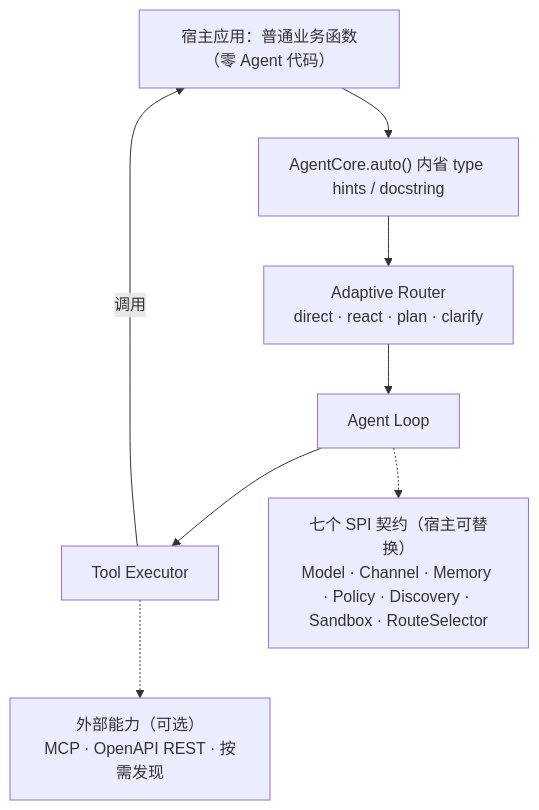
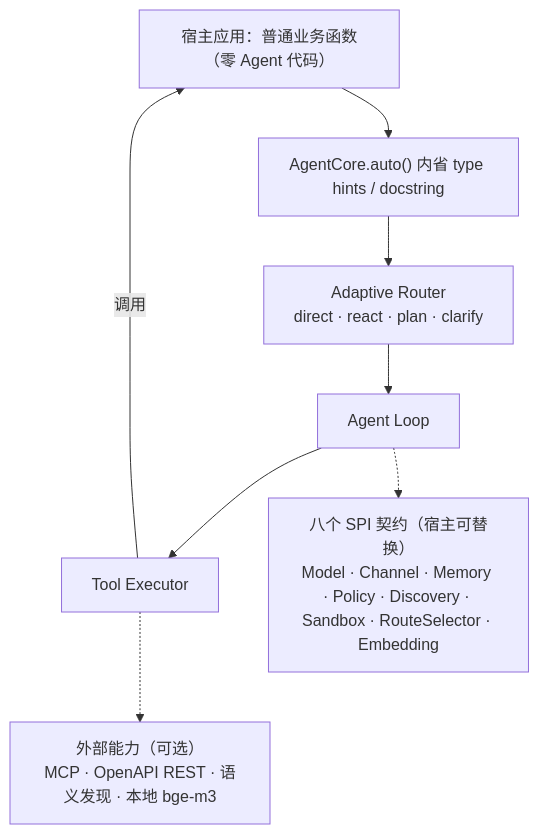
The diagram in README.md (Gi-Tuu/yai-agent-core), drawn with Mermaid before and after one commit. The commit also changed other lines of this file and 22 other files, not shown here.

First line of the commit message:
feat(discovery): 双通道语义工具发现（词法 + embedding，本地 bge-m3/云端双后端）

````diff
--- a/README.md
+++ b/README.md
@@ -25,14 +25,14 @@
 ```mermaid
 flowchart TB
   app["宿主应用：普通业务函数（零 Agent 代码）"]
   auto["AgentCore.auto() 内省 type hints / docstring"]
   router["Adaptive Router<br/>direct · react · plan · clarify"]
   loop["Agent Loop"]
   exec["Tool Executor"]
   app --> auto --> router --> loop --> exec
   exec -->|"调用"| app
-  spi["七个 SPI 契约（宿主可替换）<br/>Model · Channel · Memory · Policy · Discovery · Sandbox · RouteSelector"]
-  ext["外部能力（可选）<br/>MCP · OpenAPI REST · 按需发现"]
+  spi["八个 SPI 契约（宿主可替换）<br/>Model · Channel · Memory · Policy · Discovery · Sandbox · RouteSelector · Embedding"]
+  ext["外部能力（可选）<br/>MCP · OpenAPI REST · 语义发现 · 本地 bge-m3"]
   loop -.-> spi
   exec -.-> ext
 ```
````
